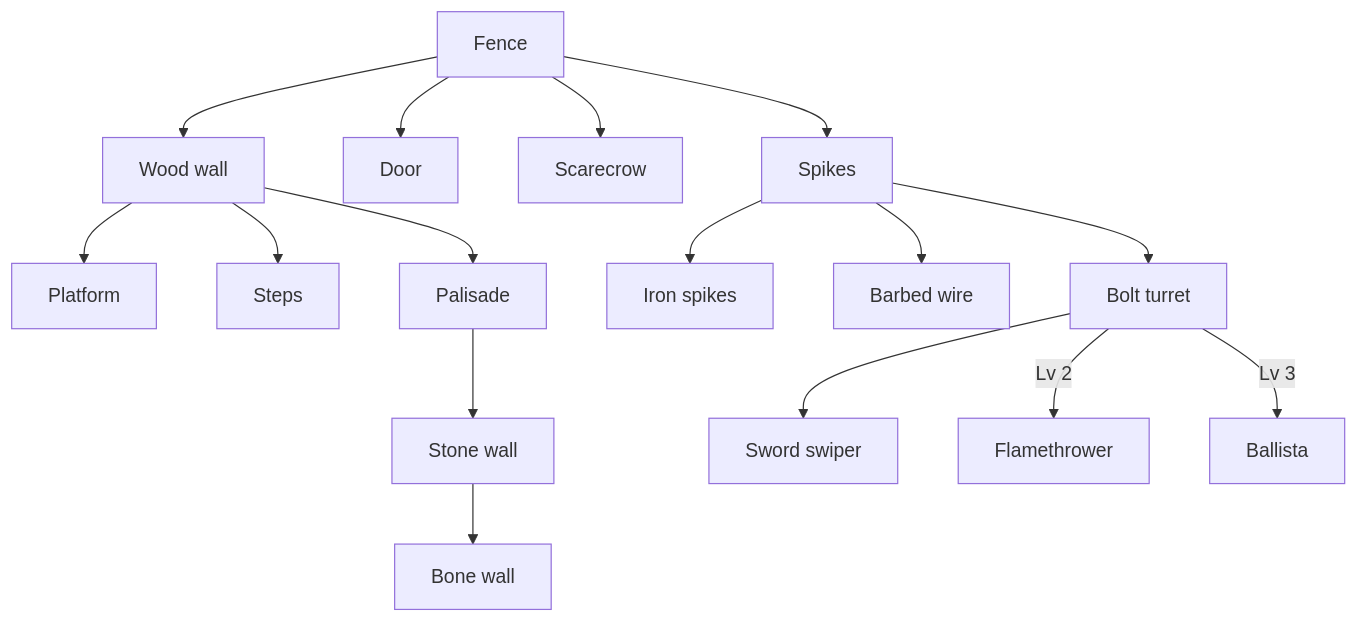
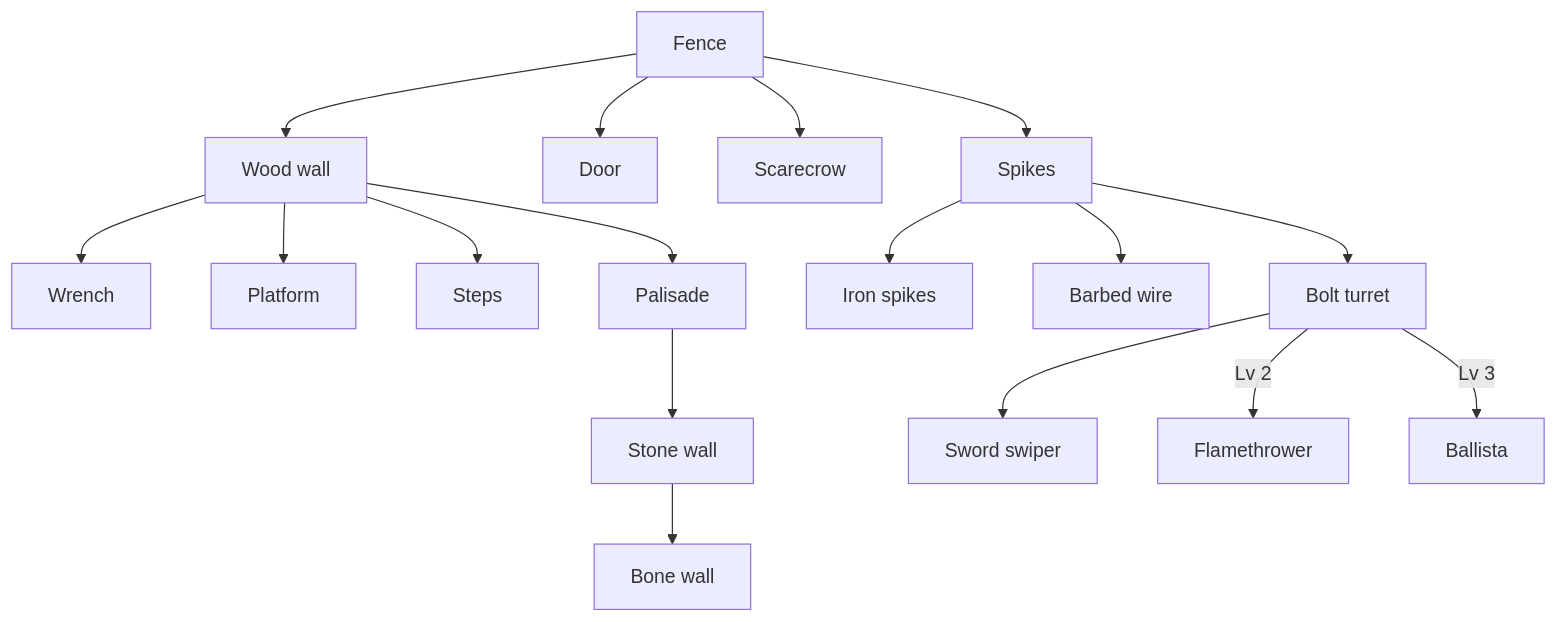
The fourth of 6 diagrams in docs/skill-tree.md (andyruwruw/grave-robbers), drawn with Mermaid before and after one commit. The commit also changed other lines of this file and 73 other files, not shown here.

````diff
--- a/docs/skill-tree.md
+++ b/docs/skill-tree.md
@@ -113,16 +114,17 @@
 ```mermaid
 flowchart TD
   Fence --> Wall[Wood wall]
   Fence --> Door
   Fence --> Scarecrow
   Fence --> Spikes
+  Wall --> Wrench
   Wall --> Platform
   Wall --> Steps
   Wall --> Palisade --> Stone[Stone wall] --> Bone[Bone wall]
   Spikes --> Iron[Iron spikes]
   Spikes --> Barbed[Barbed wire]
   Spikes --> Bolt[Bolt turret]
   Bolt --> Swiper[Sword swiper]
   Bolt -->|Lv 2| Flame[Flamethrower]
   Bolt -->|Lv 3| Ballista
 ```
````
